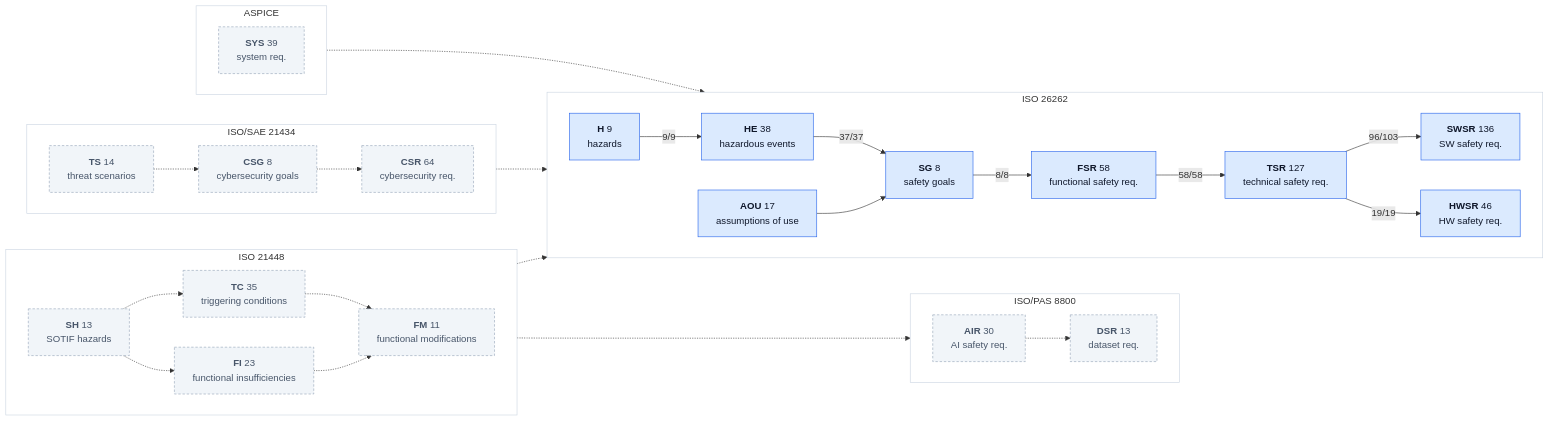
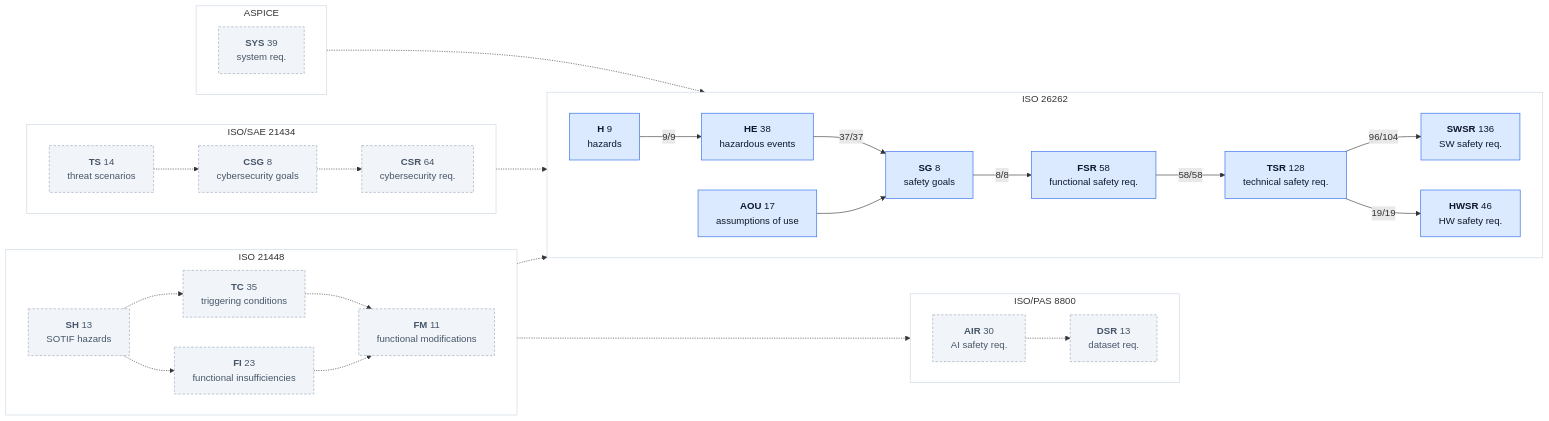
The second of 2 diagrams in assurance/trace/maps/aspice-trace-map.md (jherrodthomas/LionDriver), drawn with Mermaid before and after one commit. The commit also changed other lines of this file and 46 other files, not shown here.

````diff
--- a/assurance/trace/maps/aspice-trace-map.md
+++ b/assurance/trace/maps/aspice-trace-map.md
@@ -188,61 +188,61 @@
 ```mermaid
 flowchart LR
   subgraph ISO26262["ISO 26262"]
     direction LR
     kH["<b>H</b> 9<br/>hazards"]:::traced
     kHE["<b>HE</b> 38<br/>hazardous events"]:::traced
     kSG["<b>SG</b> 8<br/>safety goals"]:::traced
     kFSR["<b>FSR</b> 58<br/>functional safety req."]:::traced
-    kTSR["<b>TSR</b> 127<br/>technical safety req."]:::traced
+    kTSR["<b>TSR</b> 128<br/>technical safety req."]:::traced
     kSWSR["<b>SWSR</b> 136<br/>SW safety req."]:::traced
     kHWSR["<b>HWSR</b> 46<br/>HW safety req."]:::traced
     kAOU["<b>AOU</b> 17<br/>assumptions of use"]:::traced
   end
   style ISO26262 fill:#FFFFFF,stroke:#CBD5E1
   subgraph ISO21448["ISO 21448"]
     direction LR
     kSH["<b>SH</b> 13<br/>SOTIF hazards"]:::doc
     kTC["<b>TC</b> 35<br/>triggering conditions"]:::doc
     kFI["<b>FI</b> 23<br/>functional insufficiencies"]:::doc
     kFM["<b>FM</b> 11<br/>functional modifications"]:::doc
   end
   style ISO21448 fill:#FFFFFF,stroke:#CBD5E1
   subgraph ISOPAS8800["ISO/PAS 8800"]
     direction LR
     kAIR["<b>AIR</b> 30<br/>AI safety req."]:::doc
     kDSR["<b>DSR</b> 13<br/>dataset req."]:::doc
   end
   style ISOPAS8800 fill:#FFFFFF,stroke:#CBD5E1
   subgraph ISOSAE21434["ISO/SAE 21434"]
     direction LR
     kTS["<b>TS</b> 14<br/>threat scenarios"]:::doc
     kCSG["<b>CSG</b> 8<br/>cybersecurity goals"]:::doc
     kCSR["<b>CSR</b> 64<br/>cybersecurity req."]:::doc
   end
   style ISOSAE21434 fill:#FFFFFF,stroke:#CBD5E1
   subgraph ASPICE["ASPICE"]
     direction LR
     kSYS["<b>SYS</b> 39<br/>system req."]:::doc
   end
   style ASPICE fill:#FFFFFF,stroke:#CBD5E1
   kH -->|"9/9"| kHE
   kHE -->|"37/37"| kSG
   kSG -->|"8/8"| kFSR
   kFSR -->|"58/58"| kTSR
-  kTSR -->|"96/103"| kSWSR
+  kTSR -->|"96/104"| kSWSR
   kTSR -->|"19/19"| kHWSR
   kAOU --> kSG
   kSH -.-> kTC
   kSH -.-> kFI
   kTC -.-> kFM
   kFI -.-> kFM
   kSH -.-> kHE
   kFI -.-> kAIR
   kAIR -.-> kDSR
   kTS -.-> kCSG
   kCSG -.-> kCSR
   kCSG -.-> kSG
   kSYS -.-> kTSR
   classDef traced fill:#DBEAFE,stroke:#2563EB,color:#0F172A
   classDef doc fill:#F1F5F9,stroke:#94A3B8,stroke-dasharray:4 3,color:#475569
 ```
````
